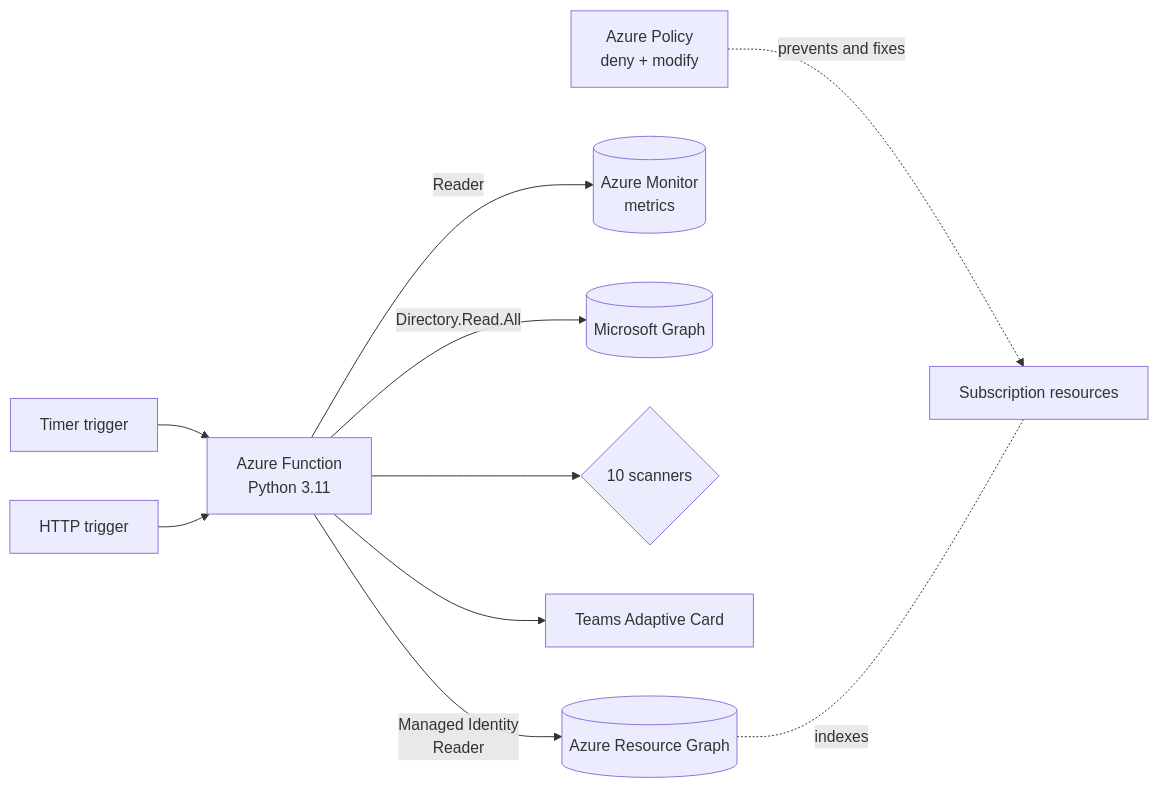
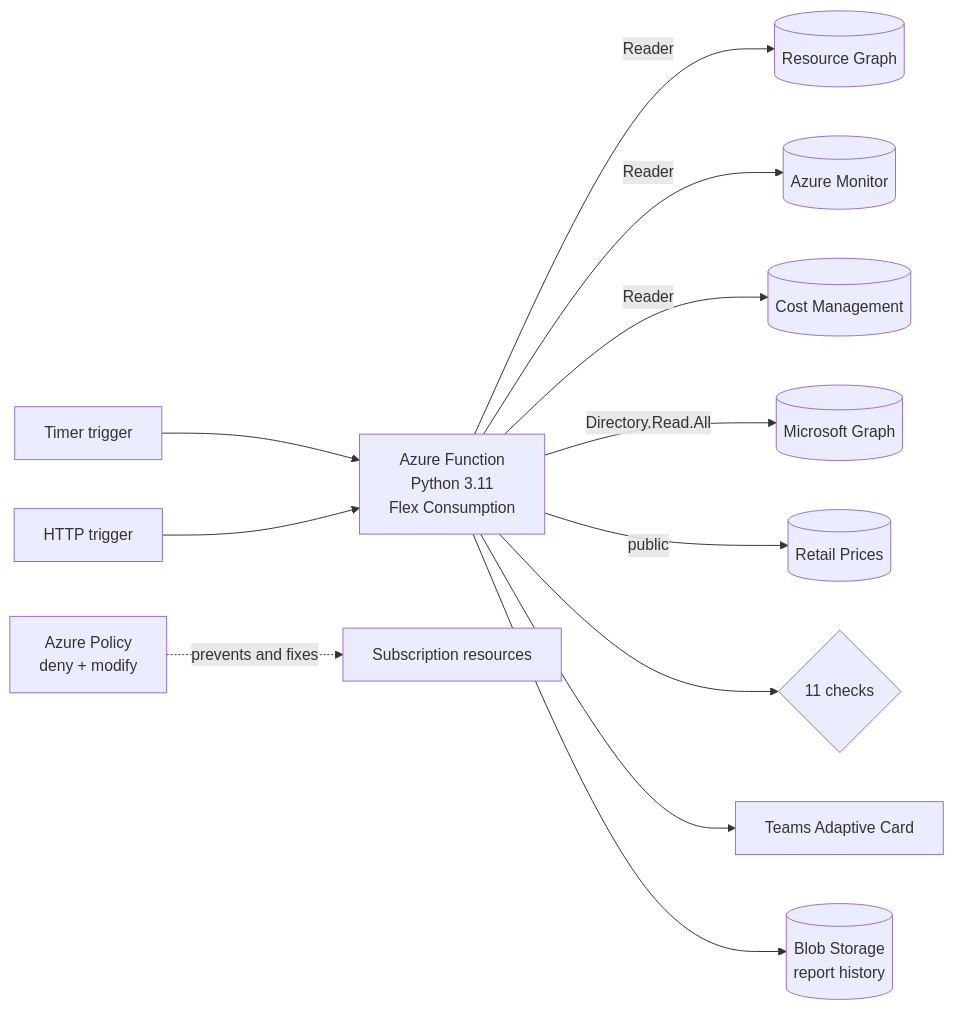
Before and after one commit to yungkolt/azure-governance-bot: the diagram in README.md, drawn with Mermaid. The commit also changed other lines of this file and 31 other files, not shown here.

````diff
--- a/README.md
+++ b/README.md
@@ -7,12 +7,14 @@
 ```mermaid
 flowchart LR
-    T[Timer trigger] --> F[Azure Function<br/>Python 3.11]
+    T[Timer trigger] --> F[Azure Function<br/>Python 3.11<br/>Flex Consumption]
     H[HTTP trigger] --> F
-    F -- Managed Identity<br/>Reader --> ARG[(Azure Resource Graph)]
-    F -- Reader --> MON[(Azure Monitor<br/>metrics)]
+    F -- Reader --> ARG[(Resource Graph)]
+    F -- Reader --> MON[(Azure Monitor)]
+    F -- Reader --> CM[(Cost Management)]
     F -- Directory.Read.All --> MG[(Microsoft Graph)]
-    F --> S{10 scanners}
+    F -- public --> RP[(Retail Prices)]
+    F --> S{11 checks}
     F --> R[Teams Adaptive Card]
+    F --> B[(Blob Storage<br/>report history)]
     P[Azure Policy<br/>deny + modify] -. prevents and fixes .-> AZ[Subscription resources]
-    ARG -. indexes .- AZ
 ```
````
